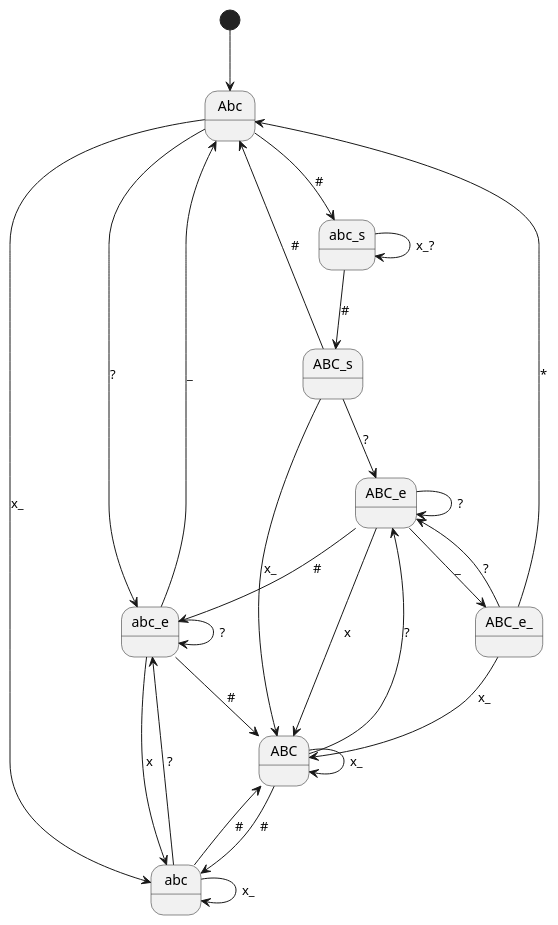
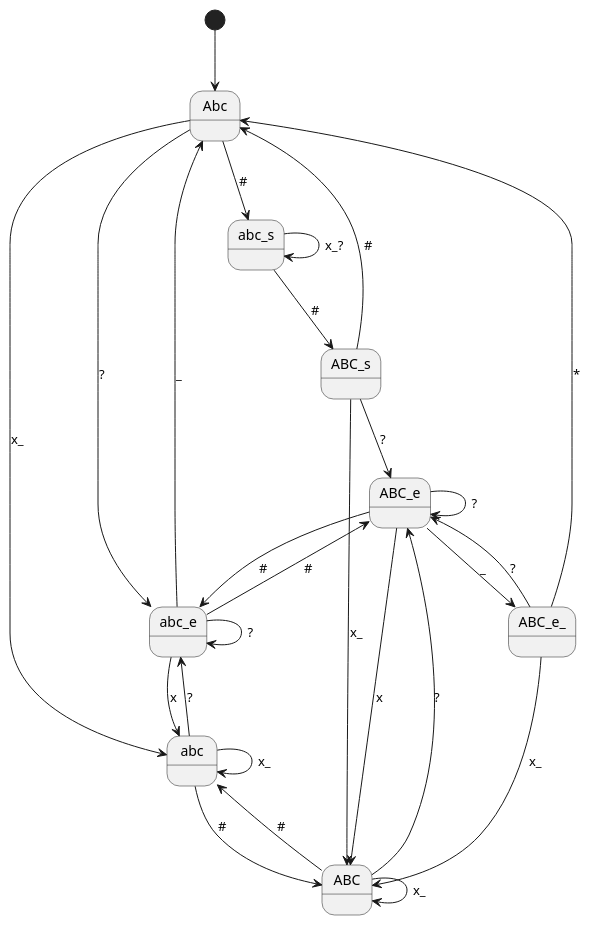
The diagram in lib/logic/tools/crypto_and_encodings/vanity/nokia_3330.puml (S-Man42/GCWizard), drawn with PlantUML before and after one commit. The commit also changed 5 other files, not shown here.

```diff
--- a/lib/logic/tools/crypto_and_encodings/vanity/nokia_3330.puml
+++ b/lib/logic/tools/crypto_and_encodings/vanity/nokia_3330.puml
@@ -1,37 +1,37 @@
 @startuml
 'https://plantuml.com/state-diagram
 [*] --> Abc
 
 Abc --> abc_s: #
 Abc --> abc: x_
 Abc --> abc_e: ?
 
 abc_s --> ABC_s: #
 abc_s --> abc_s: x_?
 
 ABC_s --> Abc: #
 ABC_s --> ABC: x_
 ABC_s --> ABC_e: ?
 
 abc --> ABC: #
 abc --> abc_e: ?
 abc --> abc: x_
 
 ABC --> abc: #
 ABC --> ABC: x_
 ABC --> ABC_e: ?
 
 abc_e --> abc_e: ?
 abc_e --> Abc: _
 abc_e --> abc: x
-abc_e --> ABC: #
+abc_e --> ABC_e: #
 
 ABC_e --> ABC: x
 ABC_e --> ABC_e_: _
 ABC_e --> ABC_e: ?
 ABC_e --> abc_e: #
 
 ABC_e_ --> ABC: x_
 ABC_e_ --> Abc: *
 ABC_e_ --> ABC_e: ?
 @enduml
```
